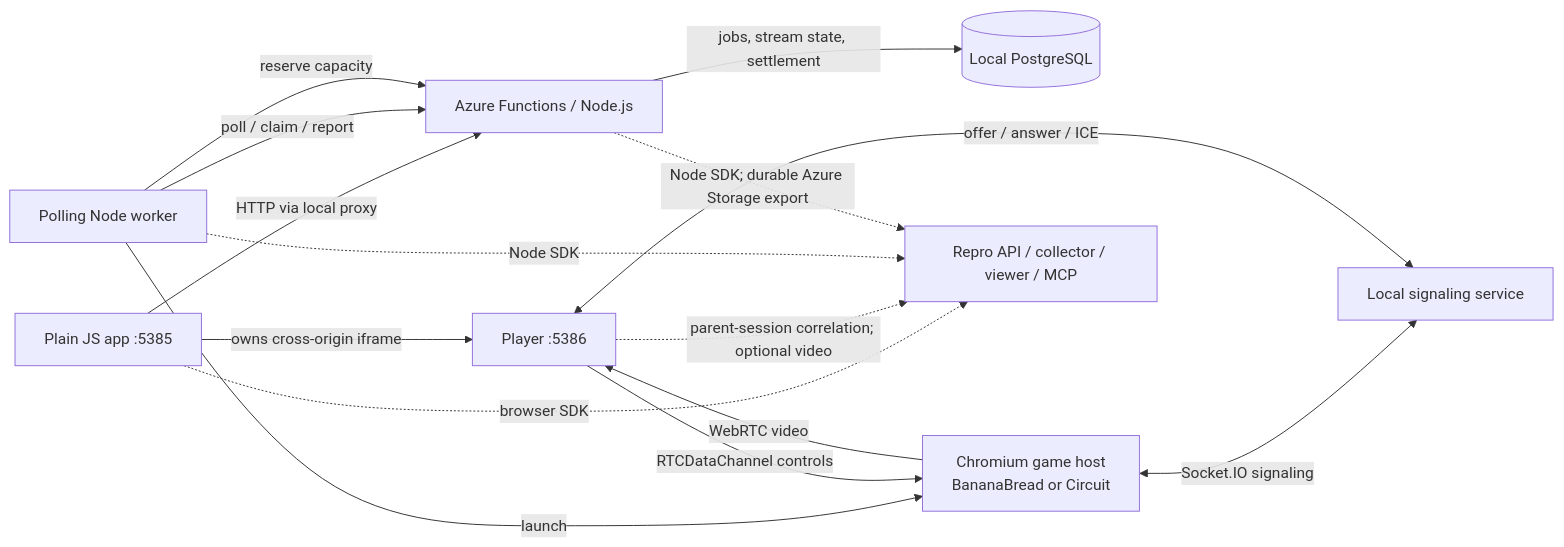
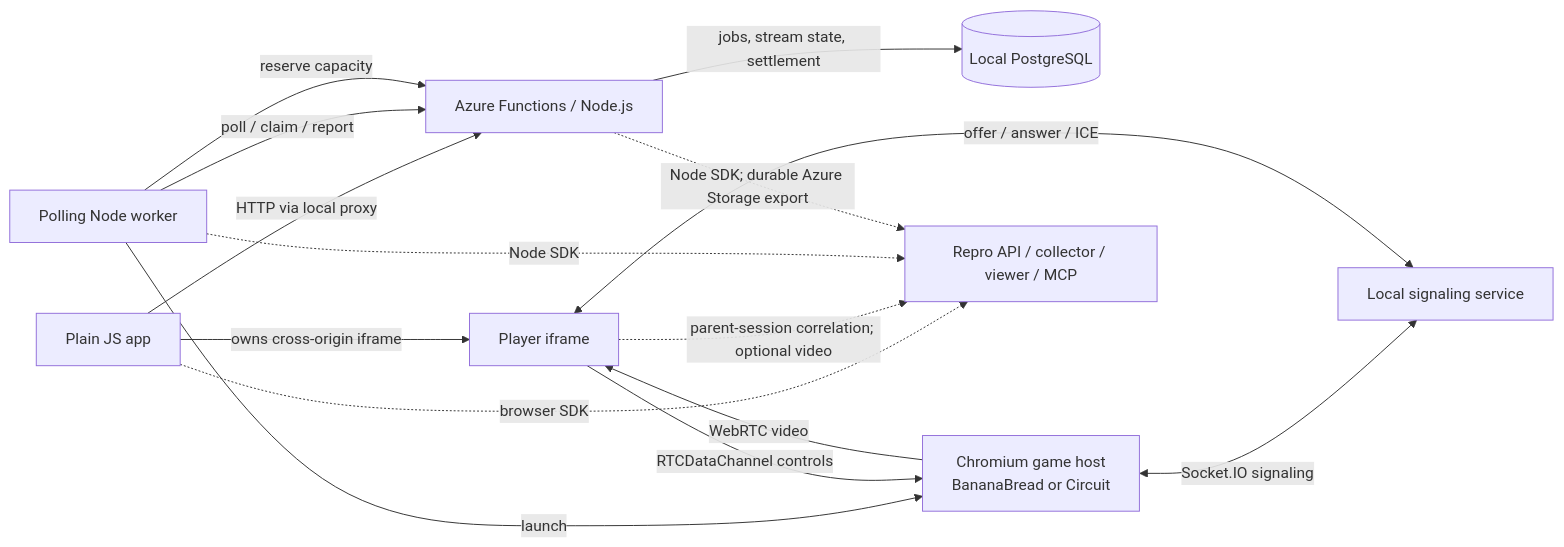
Before and after one commit to getrepro/repro-yom-demo-app: the diagram in README.md, drawn with Mermaid. The commit also changed other lines of this file, not shown here.

Commit message:
Make YOM README an architecture and code review guide

````diff
--- a/README.md
+++ b/README.md
@@ -7,17 +7,17 @@
 ```mermaid
 flowchart LR
-    UI["Plain JS app :5385"] -->|"HTTP via local proxy"| API["Azure Functions / Node.js"]
+    UI["Plain JS app"] -->|"HTTP via local proxy"| API["Azure Functions / Node.js"]
     API -->|"jobs, stream state, settlement"| DB[("Local PostgreSQL")]
     Worker["Polling Node worker"] -->|"poll / claim / report"| API
     Worker -->|"reserve capacity"| API
     Worker -->|"launch"| Host["Chromium game host<br/>BananaBread or Circuit"]
-    UI -->|"owns cross-origin iframe"| Player["Player :5386"]
+    UI -->|"owns cross-origin iframe"| Player["Player iframe"]
     Host <-->|"Socket.IO signaling"| Signal["Local signaling service"]
     Signal <-->|"offer / answer / ICE"| Player
     Host -->|"WebRTC video"| Player
     Player -->|"RTCDataChannel controls"| Host
     UI -.->|"browser SDK"| Repro["Repro API / collector / viewer / MCP"]
     Player -.->|"parent-session correlation; optional video"| Repro
     Worker -.->|"Node SDK"| Repro
     API -.->|"Node SDK; durable Azure Storage export"| Repro
 ```
````
